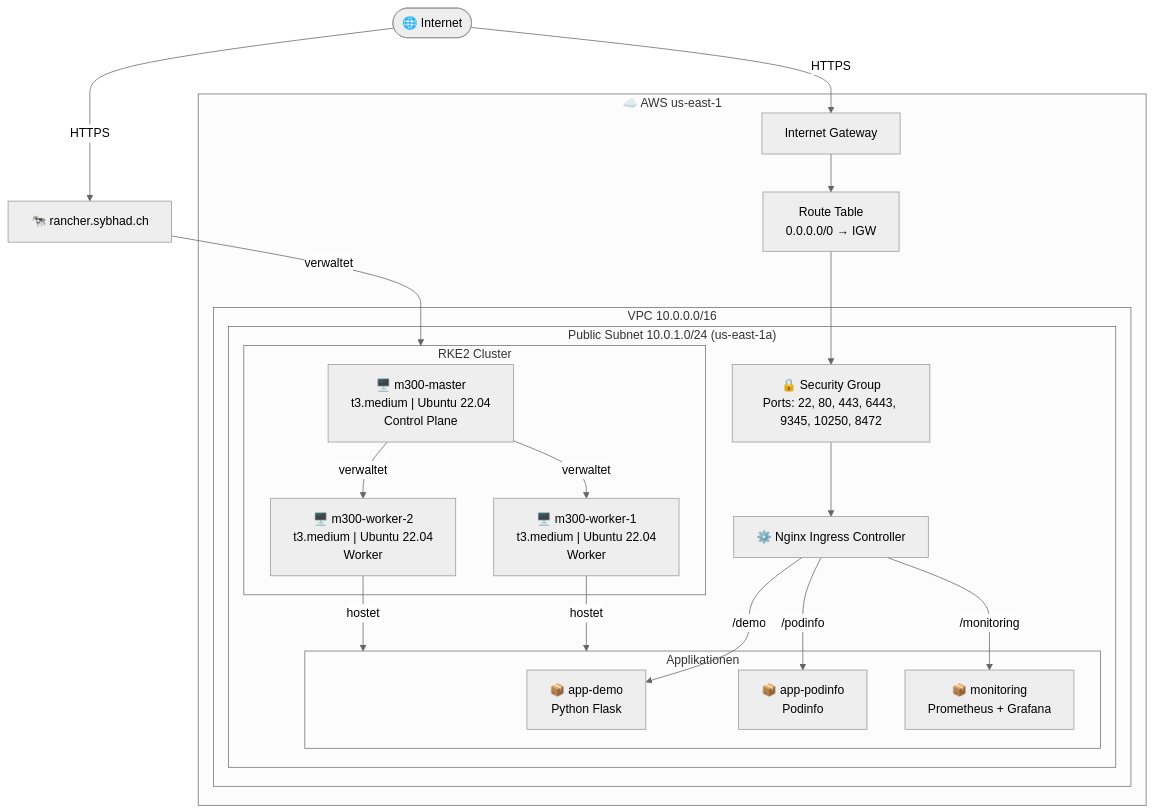
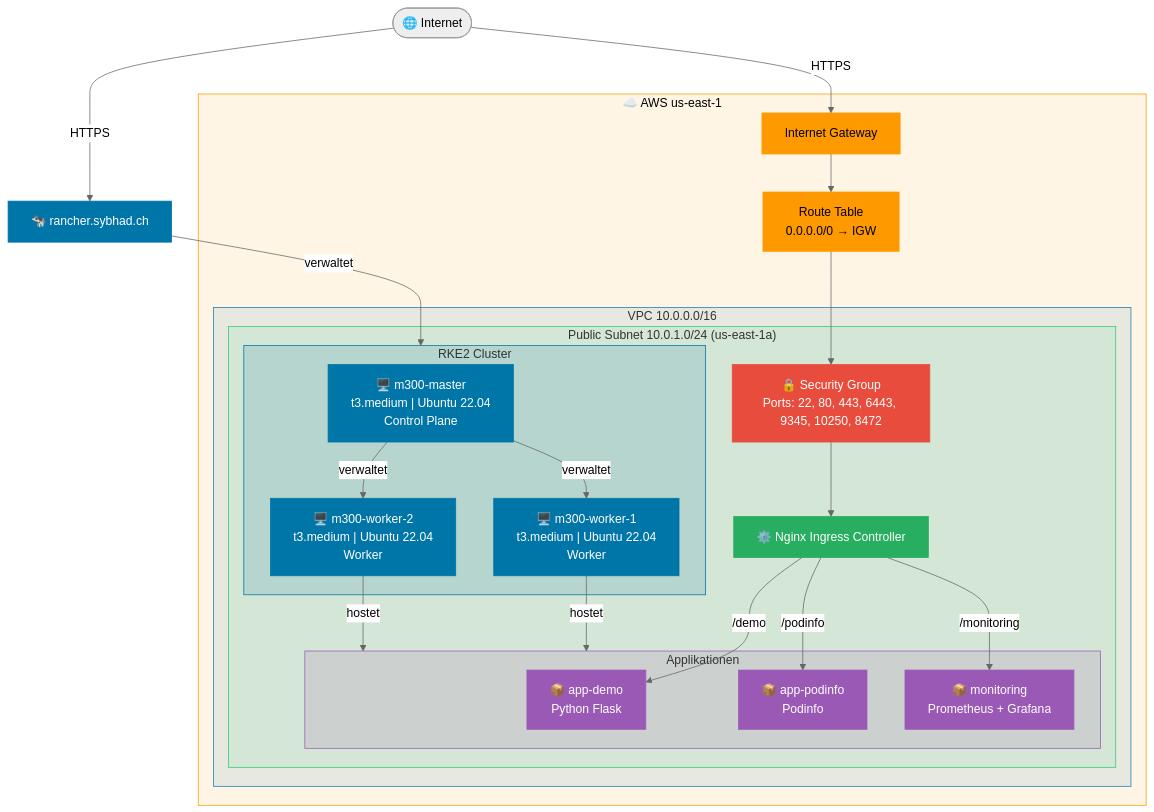
One commit to neviomarzo/M300 changed the diagram in docs/Dokumentation.md. Above: the diagram before and after it, drawn with Mermaid (neutral theme).

Commit message:
Added colors to Netzwerkdiagramm

````diff
--- a/docs/Dokumentation.md
+++ b/docs/Dokumentation.md
@@ -177,45 +177,57 @@
 ```mermaid
 graph TD
     Internet([🌐 Internet])
 
-    subgraph AWS["☁️ AWS us-east-1"]
-        IGW[Internet Gateway]
-        RT[Route Table\n0.0.0.0/0 → IGW]
+subgraph AWS["☁️ AWS us-east-1"]
+IGW[Internet Gateway]
+RT[Route Table\n0.0.0.0/0 → IGW]
+subgraph VPC["VPC 10.0.0.0/16"]
+subgraph Subnet["Public Subnet 10.0.1.0/24 (us-east-1a)"]
+SG["🔒 Security Group\nPorts: 22, 80, 443, 6443, 9345, 10250, 8472"]
+subgraph Cluster["RKE2 Cluster"]
+MASTER["🖥️ m300-master\nt3.medium | Ubuntu 22.04\nControl Plane"]
+WORKER1["🖥️ m300-worker-1\nt3.medium | Ubuntu 22.04\nWorker"]
+WORKER2["🖥️ m300-worker-2\nt3.medium | Ubuntu 22.04\nWorker"]
+end
+subgraph Apps["Applikationen"]
+NS1["📦 app-demo\nPython Flask"]
+NS2["📦 app-podinfo\nPodinfo"]
+NS3["📦 monitoring\nPrometheus + Grafana"]
+end
+INGRESS["⚙️ Nginx Ingress Controller"]
+end
+end
+end
+RANCHER["🐄 rancher.sybhad.ch"]
 
-        subgraph VPC["VPC 10.0.0.0/16"]
-            subgraph Subnet["Public Subnet 10.0.1.0/24 (us-east-1a)"]
-                SG["🔒 Security Group\nPorts: 22, 80, 443, 6443, 9345, 10250, 8472"]
+Internet -->|HTTPS| IGW
+IGW --> RT
+RT --> SG
+SG --> INGRESS
+INGRESS -->|/demo| NS1
+INGRESS -->|/podinfo| NS2
+INGRESS -->|/monitoring| NS3
+MASTER -->|verwaltet| WORKER1
+MASTER -->|verwaltet| WORKER2
+WORKER1 -->|hostet| Apps
+WORKER2 -->|hostet| Apps
+Internet -->|HTTPS| RANCHER
+RANCHER -->|verwaltet| Cluster
 
-                subgraph Cluster["RKE2 Cluster"]
-                    MASTER["🖥️ m300-master\nt3.medium | Ubuntu 22.04\nControl Plane"]
-                    WORKER1["🖥️ m300-worker-1\nt3.medium | Ubuntu 22.04\nWorker"]
-                    WORKER2["🖥️ m300-worker-2\nt3.medium | Ubuntu 22.04\nWorker"]
-                end
-
-                subgraph Apps["Applikationen"]
-                    NS1["📦 app-demo\nPython Flask"]
-                    NS2["📦 app-podinfo\nPodinfo"]
-                    NS3["📦 monitoring\nPrometheus + Grafana"]
-                end
-
-                INGRESS["⚙️ Nginx Ingress Controller"]
-            end
-        end
-    end
-
-    RANCHER["🐄 rancher.sybhad.ch"]
-
-    Internet -->|HTTPS| IGW
-    IGW --> RT
-    RT --> SG
-    SG --> INGRESS
-    INGRESS -->|/demo| NS1
-    INGRESS -->|/podinfo| NS2
-    INGRESS -->|/monitoring| NS3
-    MASTER -->|verwaltet| WORKER1
-    MASTER -->|verwaltet| WORKER2
-    WORKER1 -->|hostet| Apps
-    WORKER2 -->|hostet| Apps
-    Internet -->|HTTPS| RANCHER
-    RANCHER -->|verwaltet| Cluster
+style AWS fill:#FF9900,stroke:#FF9900,color:#000,fill-opacity:0.1
+style VPC fill:#147EBA,stroke:#147EBA,fill-opacity:0.1
+style Subnet fill:#2ECC71,stroke:#2ECC71,fill-opacity:0.1
+style Cluster fill:#0075A8,stroke:#0075A8,fill-opacity:0.15
+style Apps fill:#9B59B6,stroke:#9B59B6,fill-opacity:0.15
+style IGW fill:#FF9900,stroke:#FF9900,color:#000
+style RT fill:#FF9900,stroke:#FF9900,color:#000
+style SG fill:#E74C3C,stroke:#E74C3C,color:#fff
+style INGRESS fill:#27AE60,stroke:#27AE60,color:#fff
+style MASTER fill:#0075A8,stroke:#0075A8,color:#fff
+style WORKER1 fill:#0075A8,stroke:#0075A8,color:#fff
+style WORKER2 fill:#0075A8,stroke:#0075A8,color:#fff
+style NS1 fill:#9B59B6,stroke:#9B59B6,color:#fff
+style NS2 fill:#9B59B6,stroke:#9B59B6,color:#fff
+style NS3 fill:#9B59B6,stroke:#9B59B6,color:#fff
+style RANCHER fill:#0075A8,stroke:#0075A8,color:#fff
 ```
````
